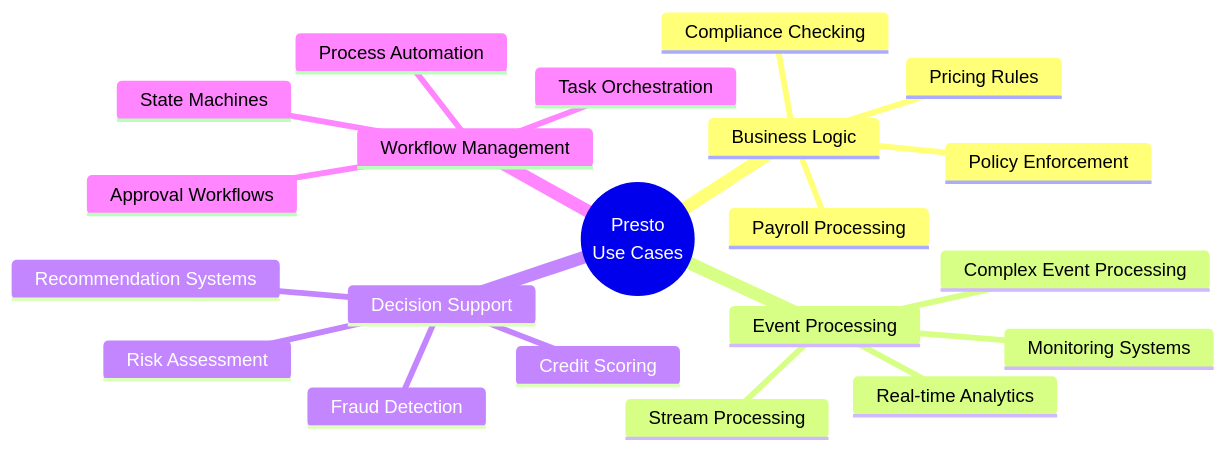
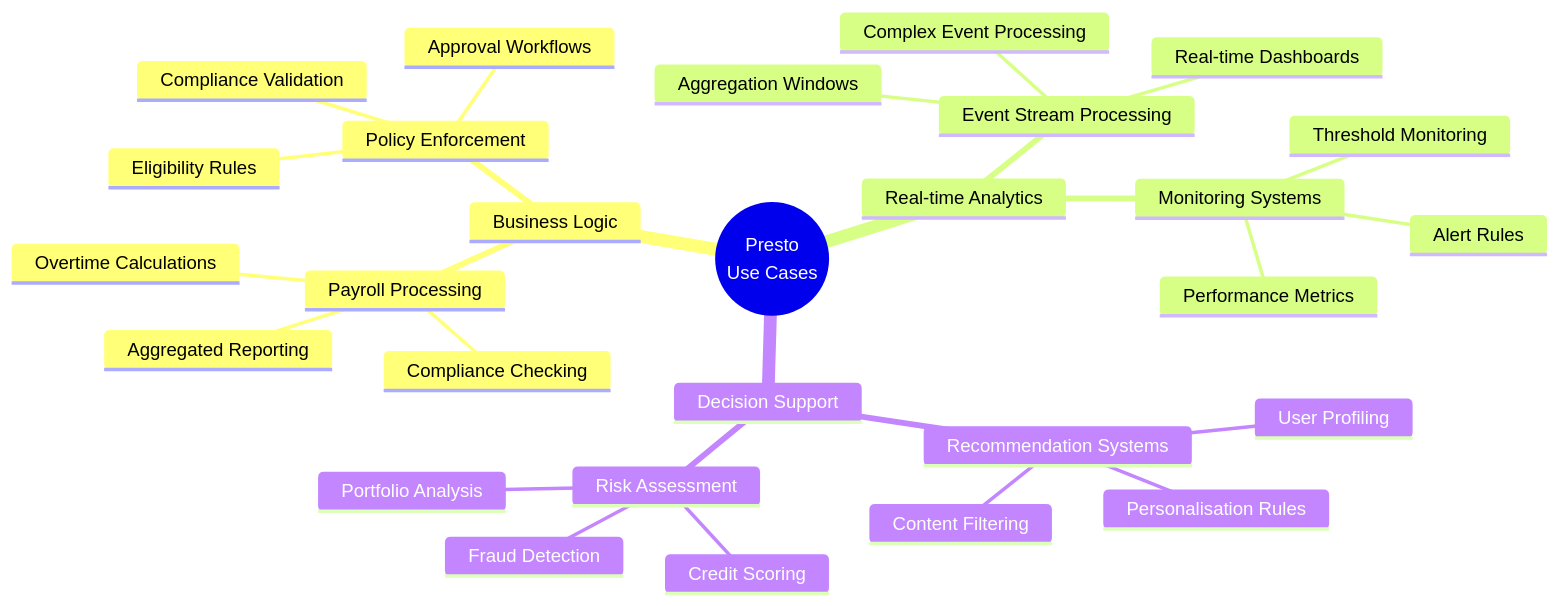
The fourth of 4 diagrams in specs/presto.md (hl/presto), drawn with Mermaid before and after one commit. The commit also changed other lines of this file and 11 other files, not shown here.

````diff
--- a/specs/presto.md
+++ b/specs/presto.md
@@ -140,24 +309,31 @@
 ```mermaid
 mindmap
   root((Presto<br/>Use Cases))
     Business Logic
       Payroll Processing
-      Compliance Checking
+        Overtime Calculations
+        Compliance Checking
+        Aggregated Reporting
       Policy Enforcement
-      Pricing Rules
-    Event Processing
-      Stream Processing
-      Complex Event Processing
-      Real-time Analytics
+        Eligibility Rules
+        Approval Workflows
+        Compliance Validation
+    Real-time Analytics
+      Event Stream Processing
+        Complex Event Processing
+        Aggregation Windows
+        Real-time Dashboards
       Monitoring Systems
+        Alert Rules
+        Threshold Monitoring
+        Performance Metrics
     Decision Support
       Recommendation Systems
+        User Profiling
+        Content Filtering
+        Personalisation Rules
       Risk Assessment
-      Fraud Detection
-      Credit Scoring
-    Workflow Management
-      Process Automation
-      Task Orchestration
-      Approval Workflows
-      State Machines
+        Credit Scoring
+        Fraud Detection
+        Portfolio Analysis
 ```
````
